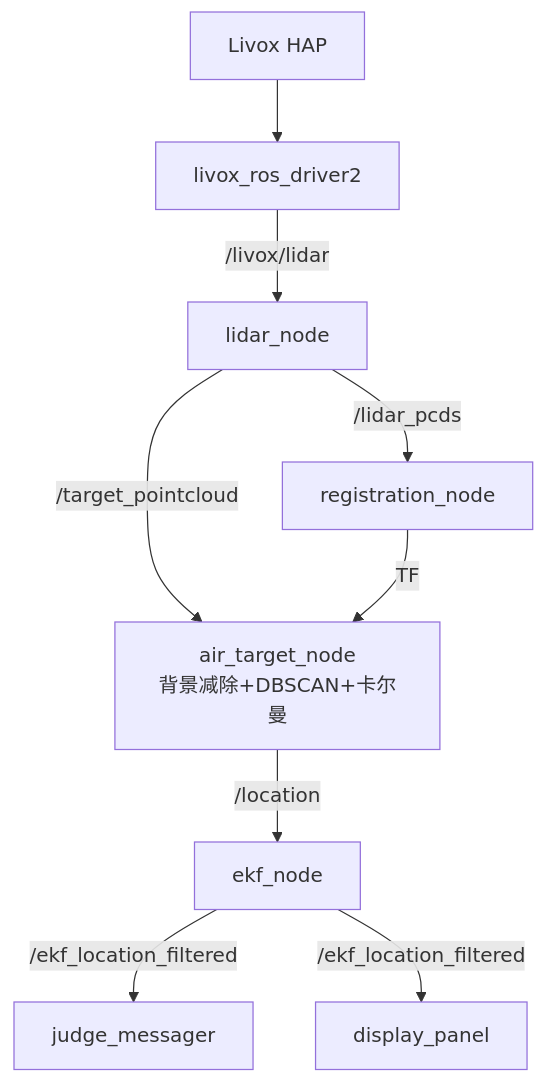
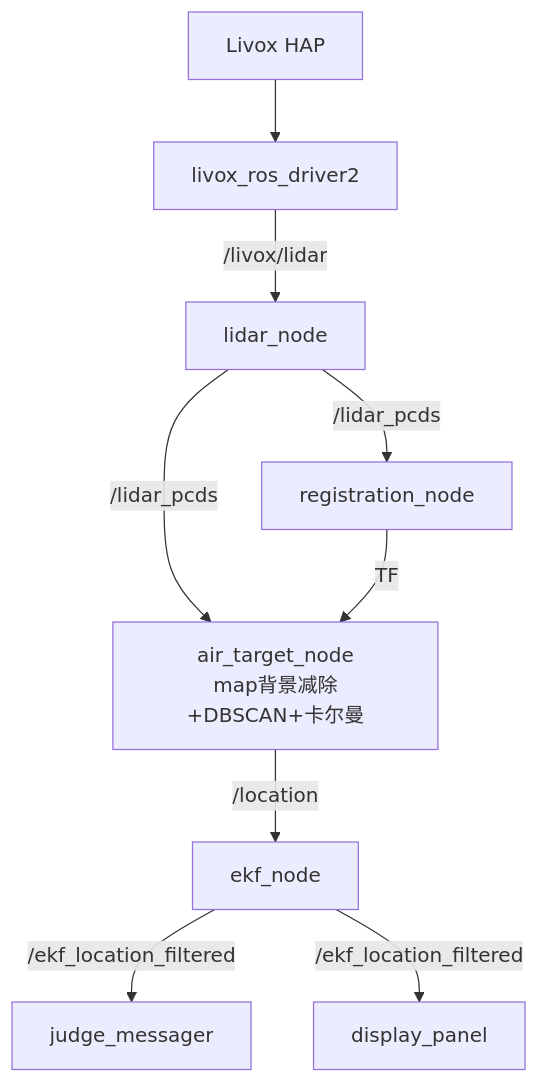
Before and after one commit to renquan87/HNURM-radar-2026: the third of 5 diagrams in docs/architecture/system_overview.md, drawn with Mermaid. The commit also changed other lines of this file and 9 other files, not shown here.

````diff
--- a/docs/architecture/system_overview.md
+++ b/docs/architecture/system_overview.md
@@ -84,11 +84,11 @@
 ```mermaid
 graph TD
     HAP[Livox HAP] --> LIVOX[livox_ros_driver2]
     LIVOX -->|/livox/lidar| LN[lidar_node]
     LN -->|/lidar_pcds| REG[registration_node]
-    LN -->|/target_pointcloud| AIR[air_target_node<br/>背景减除+DBSCAN+卡尔曼]
+    LN -->|/lidar_pcds| AIR[air_target_node<br/>map背景减除+DBSCAN+卡尔曼]
     REG -->|TF| AIR
     AIR -->|/location| EKF[ekf_node]
     EKF -->|/ekf_location_filtered| JM[judge_messager]
     EKF -->|/ekf_location_filtered| DP[display_panel]
 ```
````
